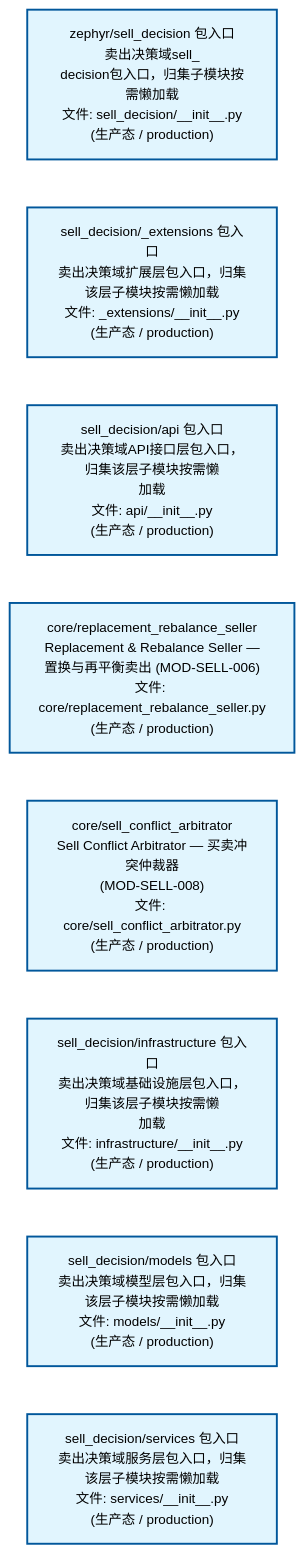
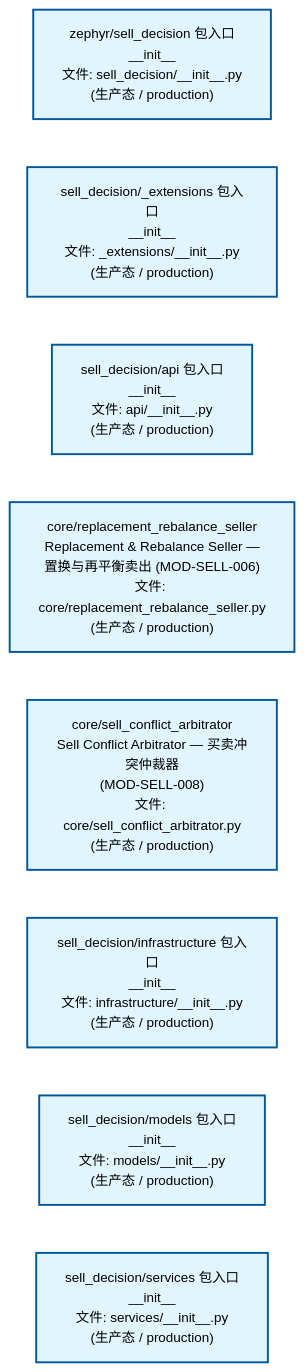
The second of 4 diagrams in docs/02_enterprise_architecture/02_domain_architecture_docs/67_d_sell_decision.md (xuanFelixVan/ZephyrAlpha), drawn with Mermaid before and after one commit. The commit also changed other lines of this file and 61 other files, not shown here.

````diff
--- a/docs/02_enterprise_architecture/02_domain_architecture_docs/67_d_sell_decision.md
+++ b/docs/02_enterprise_architecture/02_domain_architecture_docs/67_d_sell_decision.md
@@ -134,24 +134,24 @@
 ```mermaid
 %%{init: {'theme': 'base', 'themeVariables': {'primaryColor': '#eaeaea', 'primaryTextColor': '#333333', 'primaryBorderColor': '#666666', 'lineColor': '#666666', 'secondaryColor': '#eaeaea', 'tertiaryColor': '#eaeaea', 'fontSize': '14px'}}}%%
 flowchart TD
-    src_zephyr_sell_decision_init_py["zephyr/sell_decision 包入口<br/>卖出决策域sell_<br/>decision包入口，归集子模块按需懒加载<br/>文件: sell_decision/__init__.py<br/>(生产态 / production)"]
-    src_zephyr_sell_decision_extensions_init_py["sell_decision/_extensions 包入口<br/>卖出决策域扩展层包入口，归集该层子模块按需懒加载<br/>文件: _extensions/__init__.py<br/>(生产态 / production)"]
-    src_zephyr_sell_decision_api_init_py["sell_decision/api 包入口<br/>卖出决策域API接口层包入口，归集该层子模块按需懒<br/>加载<br/>文件: api/__init__.py<br/>(生产态 / production)"]
+    src_zephyr_sell_decision_init_py["zephyr/sell_decision 包入口<br/>__init__<br/>文件: sell_decision/__init__.py<br/>(生产态 / production)"]
+    src_zephyr_sell_decision_extensions_init_py["sell_decision/_extensions 包入口<br/>__init__<br/>文件: _extensions/__init__.py<br/>(生产态 / production)"]
+    src_zephyr_sell_decision_api_init_py["sell_decision/api 包入口<br/>__init__<br/>文件: api/__init__.py<br/>(生产态 / production)"]
     src_zephyr_sell_decision_core_replacement_rebalance_seller_py["core/replacement_rebalance_seller<br/>Replacement & Rebalance Seller —<br/>置换与再平衡卖出 (MOD-SELL-006)<br/>文件: core/replacement_rebalance_seller.py<br/>(生产态 / production)"]
     src_zephyr_sell_decision_core_sell_conflict_arbitrator_py["core/sell_conflict_arbitrator<br/>Sell Conflict Arbitrator — 买卖冲突仲裁器<br/>(MOD-SELL-008)<br/>文件: core/sell_conflict_arbitrator.py<br/>(生产态 / production)"]
-    src_zephyr_sell_decision_infrastructure_init_py["sell_decision/infrastructure 包入口<br/>卖出决策域基础设施层包入口，归集该层子模块按需懒<br/>加载<br/>文件: infrastructure/__init__.py<br/>(生产态 / production)"]
-    src_zephyr_sell_decision_models_init_py["sell_decision/models 包入口<br/>卖出决策域模型层包入口，归集该层子模块按需懒加载<br/>文件: models/__init__.py<br/>(生产态 / production)"]
-    src_zephyr_sell_decision_services_init_py["sell_decision/services 包入口<br/>卖出决策域服务层包入口，归集该层子模块按需懒加载<br/>文件: services/__init__.py<br/>(生产态 / production)"]
+    src_zephyr_sell_decision_infrastructure_init_py["sell_decision/infrastructure 包入口<br/>__init__<br/>文件: infrastructure/__init__.py<br/>(生产态 / production)"]
+    src_zephyr_sell_decision_models_init_py["sell_decision/models 包入口<br/>__init__<br/>文件: models/__init__.py<br/>(生产态 / production)"]
+    src_zephyr_sell_decision_services_init_py["sell_decision/services 包入口<br/>__init__<br/>文件: services/__init__.py<br/>(生产态 / production)"]
     src_zephyr_sell_decision_init_py ~~~ src_zephyr_sell_decision_extensions_init_py
     src_zephyr_sell_decision_extensions_init_py ~~~ src_zephyr_sell_decision_api_init_py
     src_zephyr_sell_decision_api_init_py ~~~ src_zephyr_sell_decision_core_replacement_rebalance_seller_py
     src_zephyr_sell_decision_core_replacement_rebalance_seller_py ~~~ src_zephyr_sell_decision_core_sell_conflict_arbitrator_py
     src_zephyr_sell_decision_core_sell_conflict_arbitrator_py ~~~ src_zephyr_sell_decision_infrastructure_init_py
     src_zephyr_sell_decision_infrastructure_init_py ~~~ src_zephyr_sell_decision_models_init_py
     src_zephyr_sell_decision_models_init_py ~~~ src_zephyr_sell_decision_services_init_py
     classDef production fill:#e1f5fe,stroke:#01579b,stroke-width:2px,color:#000
     classDef design fill:#fff3e0,stroke:#e65100,stroke-width:2px,color:#000,stroke-dasharray: 5 5
     classDef external_prod fill:#e8f4fd,stroke:#0277bd,stroke-width:1px,color:#000
     classDef external_design fill:#fff8e7,stroke:#ef6c00,stroke-width:1px,color:#000,stroke-dasharray: 5 5
     class src_zephyr_sell_decision_init_py,src_zephyr_sell_decision_extensions_init_py,src_zephyr_sell_decision_api_init_py,src_zephyr_sell_decision_core_replacement_rebalance_seller_py,src_zephyr_sell_decision_core_sell_conflict_arbitrator_py,src_zephyr_sell_decision_infrastructure_init_py,src_zephyr_sell_decision_models_init_py,src_zephyr_sell_decision_services_init_py production
 ```
````
